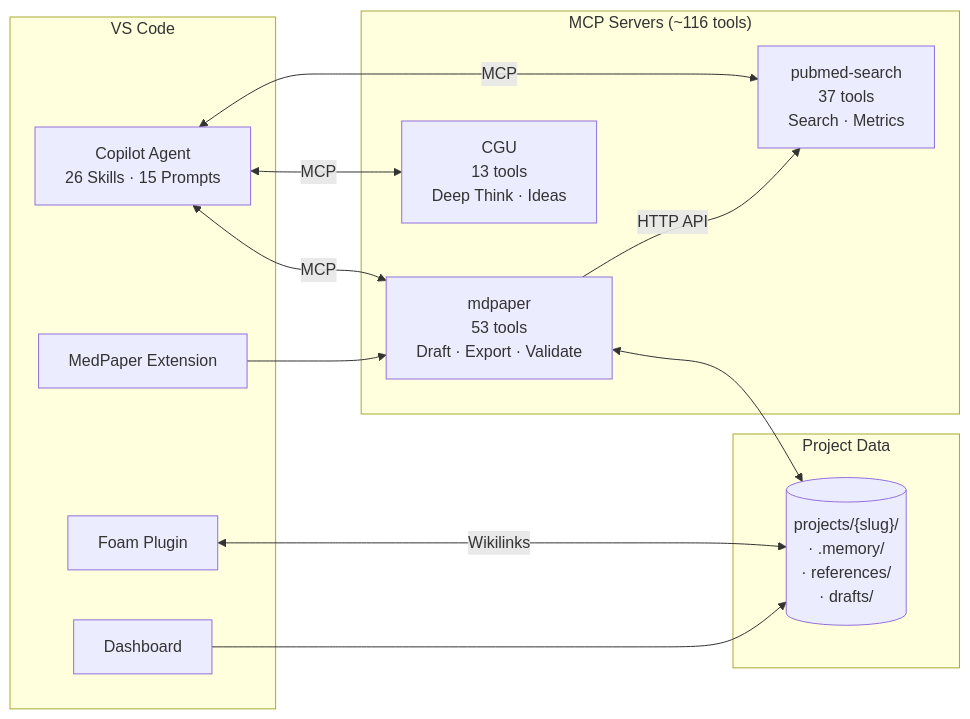
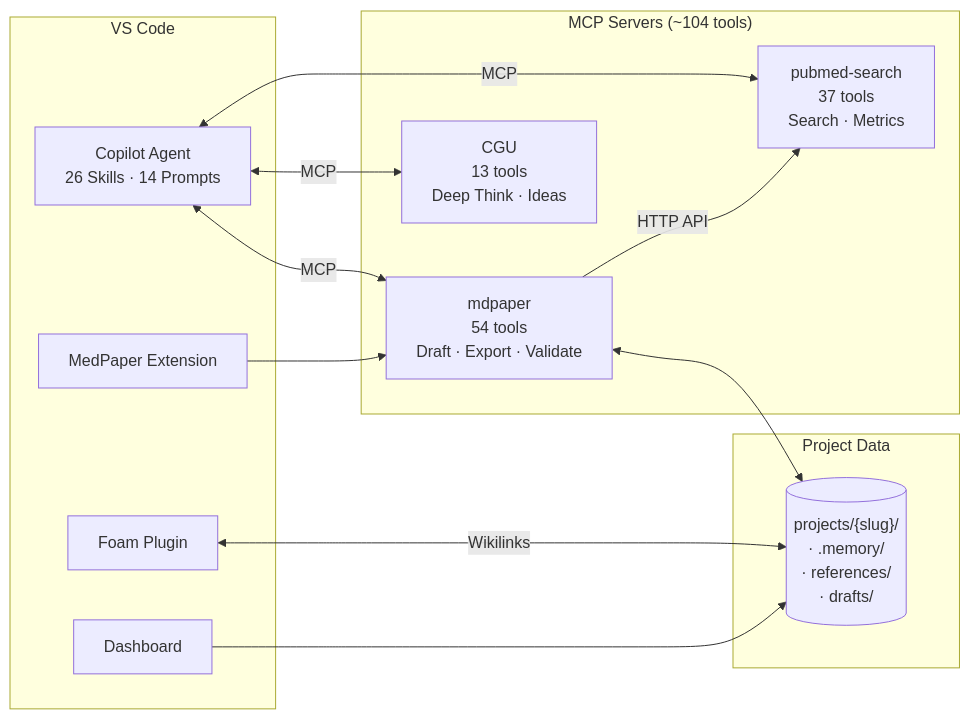
One commit to u9401066/med-paper-assistant changed the diagram in README.md. Above: the diagram before and after it, drawn with Mermaid. The commit also changed other lines of this file and 6 other files, not shown here.

````diff
--- a/README.md
+++ b/README.md
@@ -46,28 +46,28 @@
 ```mermaid
 flowchart LR
     subgraph IDE["VS Code"]
-        Agent["Copilot Agent<br/>26 Skills · 15 Prompts"]
+        Agent["Copilot Agent<br/>26 Skills · 14 Prompts"]
         Foam[Foam Plugin]
         Ext[MedPaper Extension]
         Dash[Dashboard]
     end
 
-    subgraph MCP["MCP Servers (~116 tools)"]
-        mdpaper["mdpaper<br/>53 tools<br/>Draft · Export · Validate"]
+    subgraph MCP["MCP Servers (~104 tools)"]
+        mdpaper["mdpaper<br/>54 tools<br/>Draft · Export · Validate"]
         pubmed["pubmed-search<br/>37 tools<br/>Search · Metrics"]
         cgu["CGU<br/>13 tools<br/>Deep Think · Ideas"]
     end
 
     subgraph Data["Project Data"]
         proj[("projects/{slug}/<br/>· .memory/<br/>· references/<br/>· drafts/")]
     end
 
     Agent <-->|MCP| mdpaper
     Agent <-->|MCP| pubmed
     Agent <-->|MCP| cgu
     mdpaper -->|HTTP API| pubmed
     Foam <-->|Wikilinks| proj
     mdpaper <--> proj
     Ext --> mdpaper
     Dash --> proj
 ```
````
